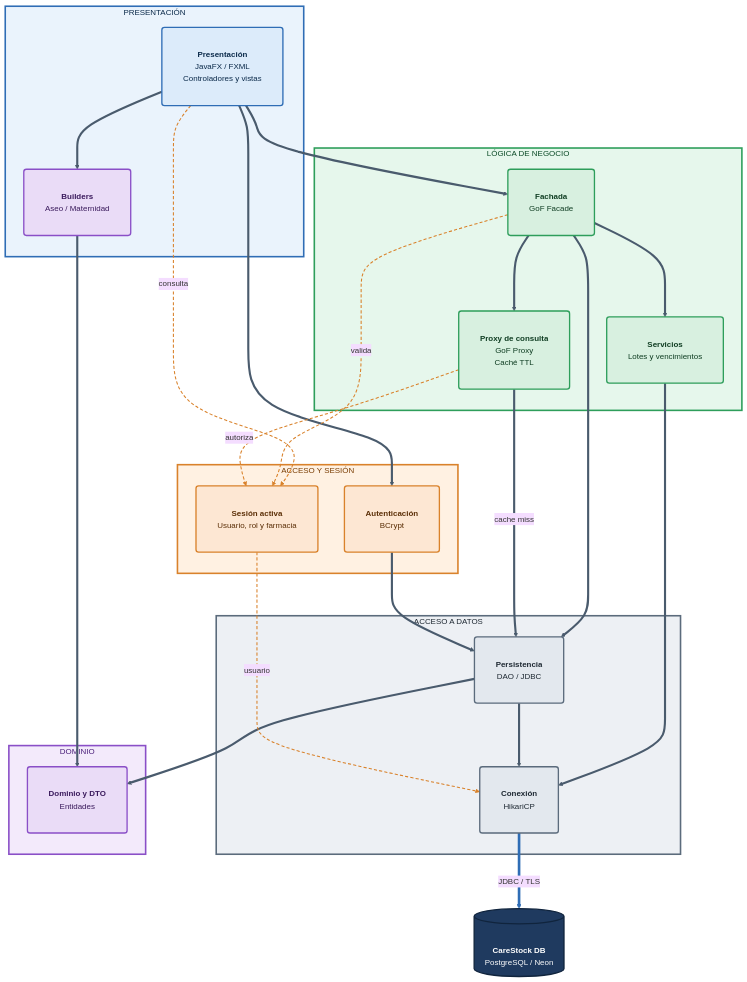
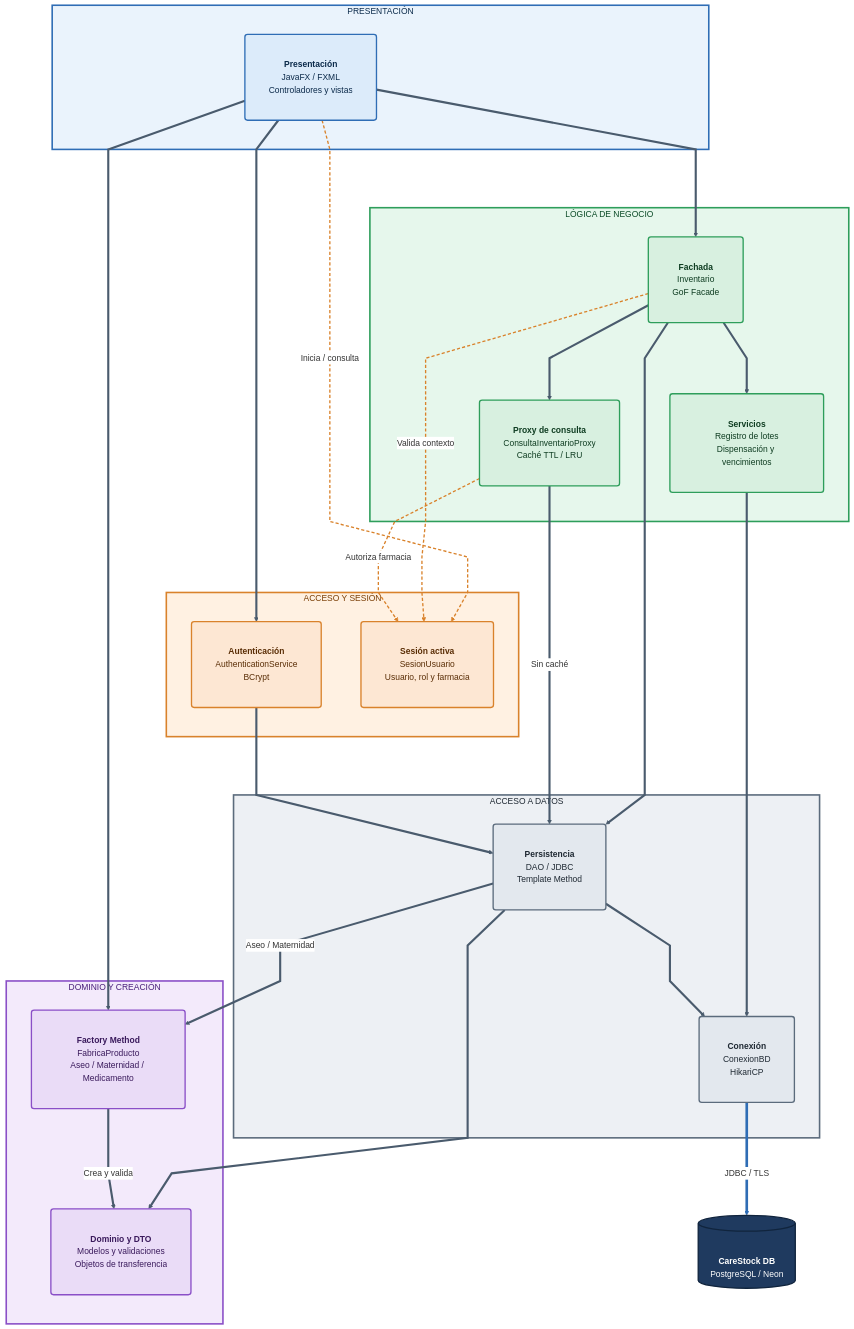
One commit to puj-course/FIS_2630_1204_G1 changed the diagram in docs/diagramas/DIAGRAMA_COMPONENTES_C4.md. Above: the diagram before and after it, drawn with Mermaid. The commit also changed other lines of this file, not shown here.

First line of the commit message:
Enhance clarity and detail in C4 component diagram

````diff
--- a/docs/diagramas/DIAGRAMA_COMPONENTES_C4.md
+++ b/docs/diagramas/DIAGRAMA_COMPONENTES_C4.md
@@ -22,92 +35,171 @@
 ```mermaid
 %%{init: {
   "theme": "base",
-  "flowchart": { 
-    "curve": "basis", 
-    "nodeSpacing": 50, 
-    "rankSpacing": 80, 
-    "padding": 40, 
-    "useMaxWidth": true 
+  "flowchart": {
+    "curve": "linear",
+    "nodeSpacing": 75,
+    "rankSpacing": 110,
+    "padding": 45,
+    "useMaxWidth": true,
+    "htmlLabels": true
   },
   "themeVariables": {
     "fontFamily": "Segoe UI, Roboto, Helvetica, Arial, sans-serif",
-    "fontSize": "15px",
-    "lineColor": "#5B6B7C"
+    "fontSize": "16px",
+    "lineColor": "#5B6B7C",
+    "edgeLabelBackground": "#FFFFFF"
   }
 }}%%
 flowchart TB
 
+    %% ============================================
+    %% 1. PRESENTACIÓN
+    %% ============================================
+
     subgraph presentacion ["PRESENTACIÓN"]
         ui("<b>Presentación</b><br/>JavaFX / FXML<br/>Controladores y vistas")
-        builder("<b>Builders</b><br/>Aseo / Maternidad")
     end
 
+    %% ============================================
+    %% 2. ACCESO Y SESIÓN
+    %% ============================================
+
     subgraph acceso ["ACCESO Y SESIÓN"]
-        auth("<b>Autenticación</b><br/>BCrypt")
-        sesion("<b>Sesión activa</b><br/>Usuario, rol y farmacia")
+        auth("<b>Autenticación</b><br/>AuthenticationService<br/>BCrypt")
+        sesion("<b>Sesión activa</b><br/>SesionUsuario<br/>Usuario, rol y farmacia")
     end
 
+    %% ============================================
+    %% 3. LÓGICA DE NEGOCIO
+    %% ============================================
+
     subgraph negocio ["LÓGICA DE NEGOCIO"]
-        fachada("<b>Fachada</b><br/>GoF Facade")
-        proxy("<b>Proxy de consulta</b><br/>GoF Proxy<br/>Caché TTL")
-        servicios("<b>Servicios</b><br/>Lotes y vencimientos")
+        fachada("<b>Fachada</b><br/>Inventario<br/>GoF Facade")
+
+        proxy("<b>Proxy de consulta</b><br/>ConsultaInventarioProxy<br/>Caché TTL / LRU")
+
+        servicios("<b>Servicios</b><br/>Registro de lotes<br/>Dispensación y vencimientos")
     end
 
+    %% ============================================
+    %% 4. ACCESO A DATOS
+    %% ============================================
+
     subgraph datos ["ACCESO A DATOS"]
-        dao("<b>Persistencia</b><br/>DAO / JDBC")
-        conexion("<b>Conexión</b><br/>HikariCP")
+        dao("<b>Persistencia</b><br/>DAO / JDBC<br/>Template Method")
+
+        conexion("<b>Conexión</b><br/>ConexionBD<br/>HikariCP")
     end
 
-    subgraph dominio ["DOMINIO"]
-        modelo("<b>Dominio y DTO</b><br/>Entidades")
+    %% ============================================
+    %% 5. DOMINIO Y CREACIÓN DE PRODUCTOS
+    %% ============================================
+
+    subgraph dominio ["DOMINIO Y CREACIÓN"]
+        fabrica("<b>Factory Method</b><br/>FabricaProducto<br/>Aseo / Maternidad / Medicamento")
+
+        modelo("<b>Dominio y DTO</b><br/>Modelos y validaciones<br/>Objetos de transferencia")
     end
+
+    %% ============================================
+    %% 6. BASE DE DATOS EXTERNA
+    %% ============================================
 
     bd[("<b>CareStock DB</b><br/>PostgreSQL / Neon")]
 
-    %% Flujo principal
+    %% ============================================
+    %% 7. FLUJO PRINCIPAL
+    %% ============================================
+
     ui ==> fachada
     ui ==> auth
-    ui ==> builder
+    ui ==> fabrica
+
     fachada ==> proxy
     fachada ==> servicios
     fachada ==> dao
-    proxy ==>|"cache miss"| dao
+
+    proxy ==>|"Sin caché"| dao
+
     servicios ==> conexion
     auth ==> dao
+
     dao ==> conexion
     dao ==> modelo
-    builder ==> modelo
 
-    %% Base de datos
+    dao ==>|"Aseo / Maternidad"| fabrica
+
+    fabrica ==>|"Crea y valida"| modelo
+
+    %% ============================================
+    %% 8. CONEXIÓN A BASE DE DATOS
+    %% ============================================
+
     conexion ==>|"JDBC / TLS"| bd
 
-    %% Sesión
-    ui -.->|"consulta"| sesion
-    fachada -.->|"valida"| sesion
-    proxy -.->|"autoriza"| sesion
-    sesion -.->|"usuario"| conexion
+    %% ============================================
+    %% 9. CONTEXTO TRANSVERSAL DE SESIÓN
+    %% ============================================
 
-    linkStyle 0,1,2,3,4,5,6,7,8,9,10,11 stroke:#4A5B6D,stroke-width:4px
-    linkStyle 12 stroke:#2F6DB5,stroke-width:5px
-    linkStyle 13,14,15,16 stroke:#D9822B,stroke-width:2px,stroke-dasharray:6 4
+    ui -.->|"Inicia / consulta"| sesion
+
+    fachada -.->|"Valida contexto"| sesion
+
+    proxy -.->|"Autoriza farmacia"| sesion
+
+    %% ============================================
+    %% 10. ESTILOS DE CONECTORES
+    %% ============================================
+
+    linkStyle 0,1,2,3,4,5,6,7,8,9,10,11,12 stroke:#4A5B6D,stroke-width:4px
+
+    linkStyle 13 stroke:#2F6DB5,stroke-width:5px
+
+    linkStyle 14,15,16 stroke:#D9822B,stroke-width:2.5px,stroke-dasharray:6 4
+
+    %% ============================================
+    %% 11. ESTILOS DE COMPONENTES
+    %% ============================================
 
     classDef presentacionC fill:#DCEBFA,stroke:#2F6DB5,stroke-width:2.5px,color:#0B2A4A
+
     classDef seguridad fill:#FDE7D3,stroke:#D9822B,stroke-width:2.5px,color:#5A2E06
+
     classDef negocioC fill:#D8F0E0,stroke:#2E9E5B,stroke-width:2.5px,color:#0F3D22
+
     classDef dominioC fill:#EADCF7,stroke:#8A4FC7,stroke-width:2.5px,color:#3A1A5C
+
     classDef datosC fill:#E3E8EE,stroke:#5B6B7C,stroke-width:2.5px,color:#1F2933
+
     classDef bdC fill:#1F3A5F,stroke:#10243D,stroke-width:2.5px,color:#FFFFFF
 
+    %% ============================================
+    %% 12. ASIGNACIÓN DE ESTILOS
+    %% ============================================
+
     class ui presentacionC
-    class builder,modelo dominioC
+
     class auth,sesion seguridad
+
     class fachada,proxy,servicios negocioC
+
+    class fabrica,modelo dominioC
+
     class dao,conexion datosC
+
     class bd bdC
 
+    %% ============================================
+    %% 13. COLORES DE LOS GRUPOS
+    %% ============================================
+
     style presentacion fill:#EAF3FC,stroke:#2F6DB5,stroke-width:3px,color:#0B2A4A
+
     style acceso fill:#FFF1E2,stroke:#D9822B,stroke-width:3px,color:#7A3E05
+
     style negocio fill:#E6F7EC,stroke:#2E9E5B,stroke-width:3px,color:#0A4A26
+
     style datos fill:#EDF0F4,stroke:#5B6B7C,stroke-width:3px,color:#1F2933
+
     style dominio fill:#F3EAFB,stroke:#8A4FC7,stroke-width:3px,color:#4A1F7A
 ```
````
